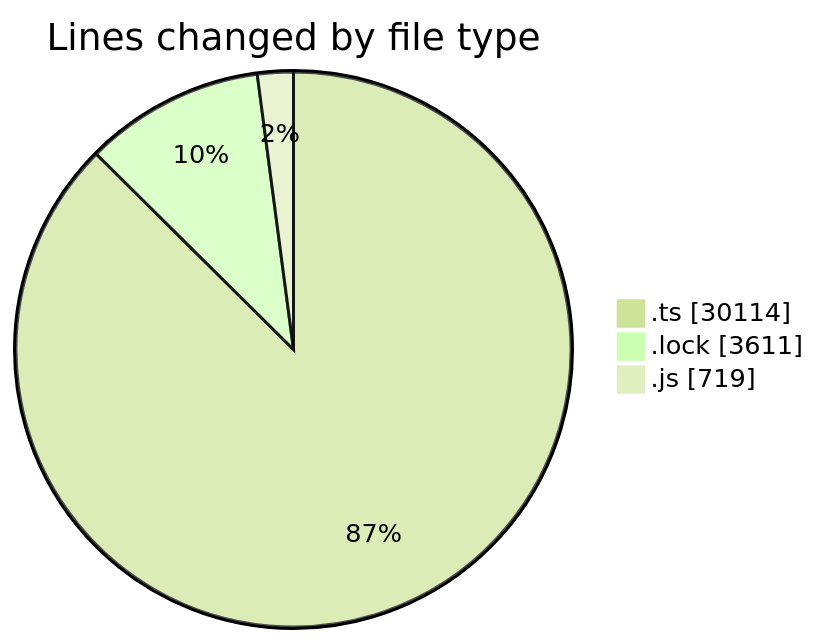
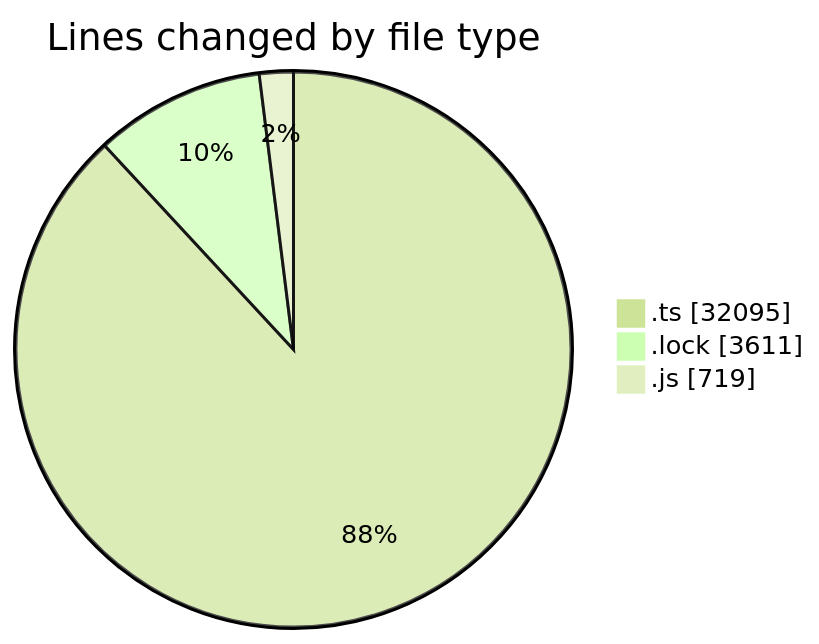
One commit to momahboobian/code-tracking changed the first of 2 diagrams in 2025-05-30/cda/README.md. Above: the diagram before and after it, drawn with Mermaid (forest theme). The commit also changed other lines of this file and 1 other file, not shown here.

````diff
--- a/2025-05-30/cda/README.md
+++ b/2025-05-30/cda/README.md
@@ -35,7 +35,7 @@
 ```mermaid
 pie showData
 title Lines changed by file type
-".ts" : 30114
+".ts" : 32095
 ".lock" : 3611
 ".js" : 719
 ```
````
